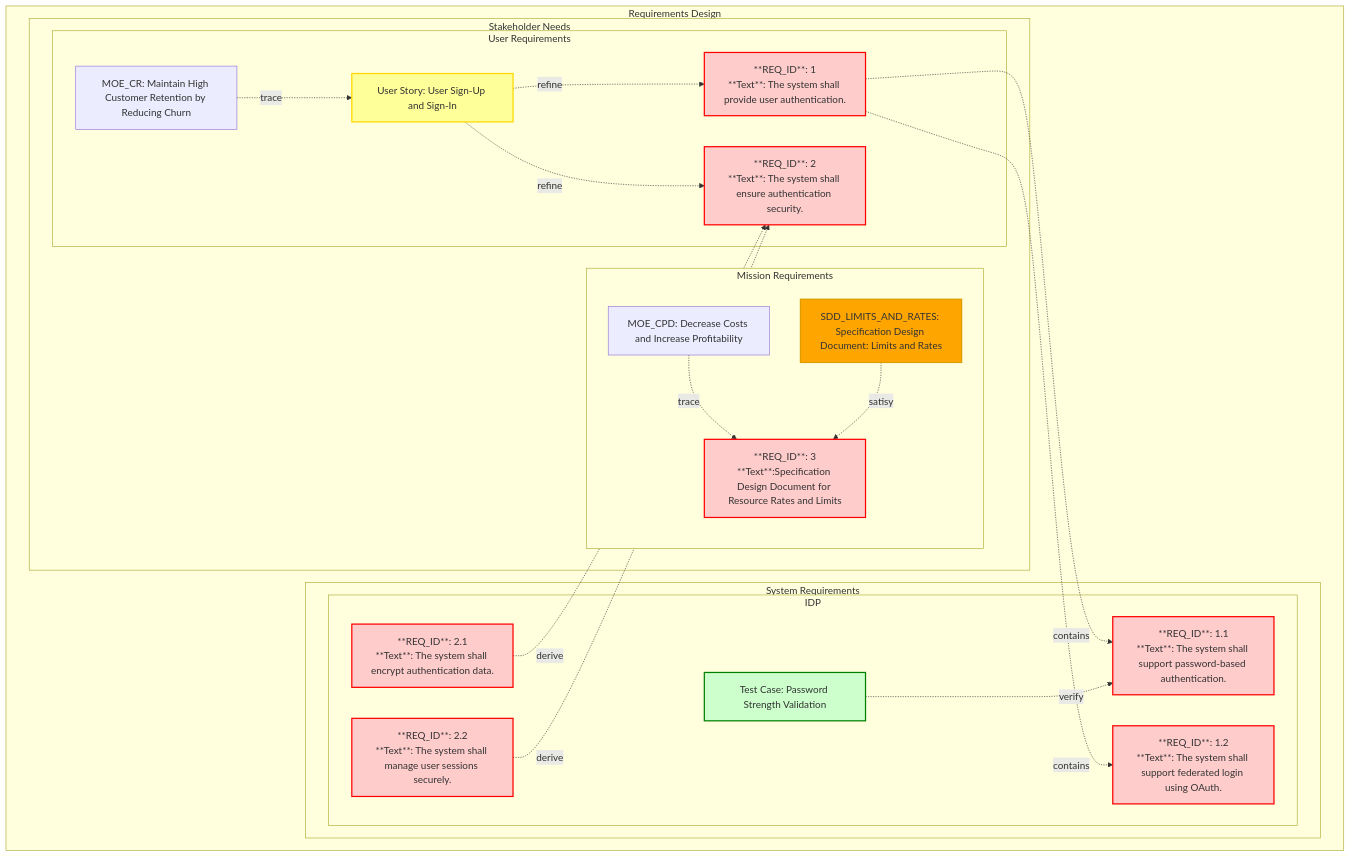
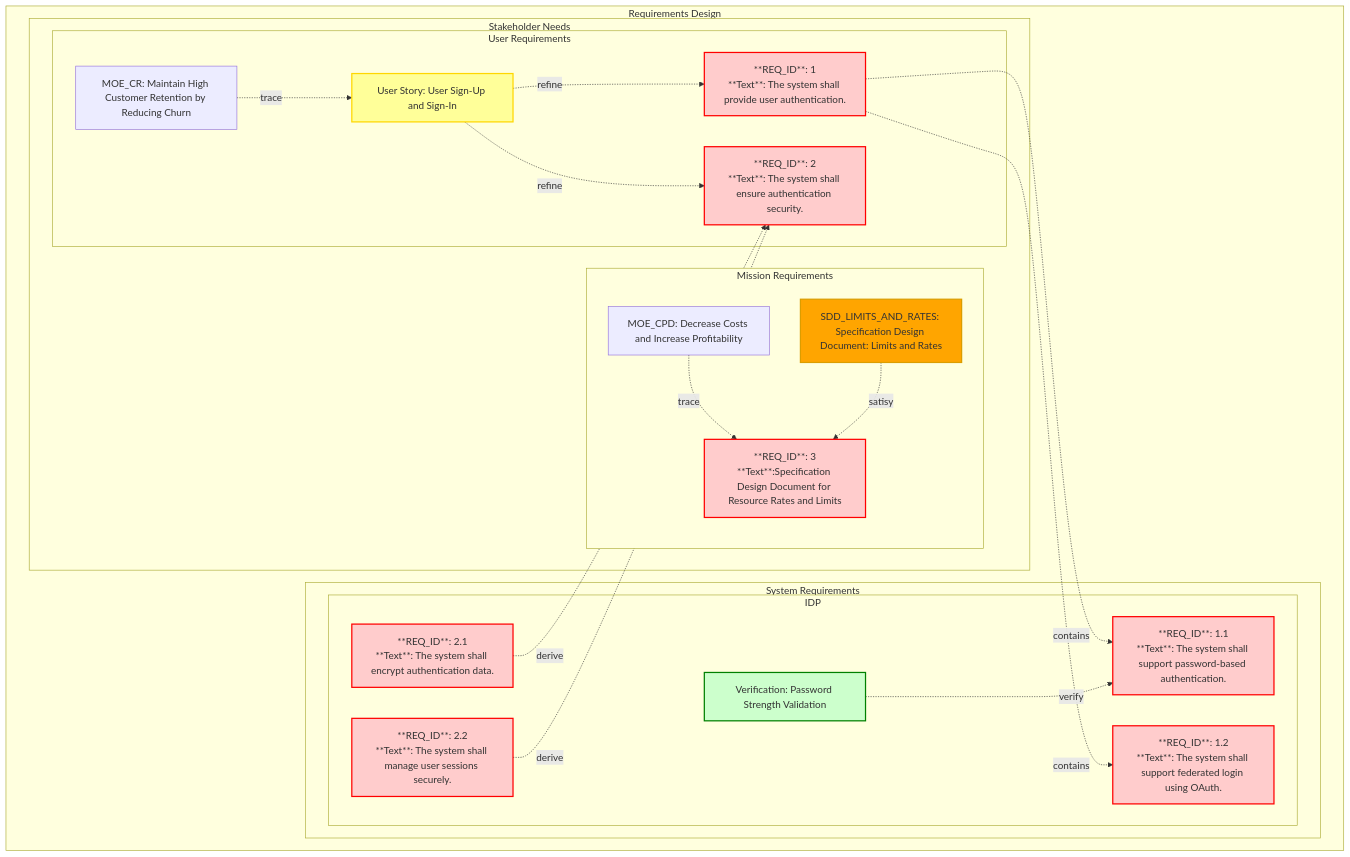
The diagram in doc/Requirements.md (reqvire-org/reqvire), drawn with Mermaid before and after one commit. The commit also changed other lines of this file and 10 other files, not shown here.

```diff
--- a/doc/Requirements.md
+++ b/doc/Requirements.md
@@ -199,9 +86,9 @@
             style REQ_OAUTH font-color:#000000,fill:#FFCCCC,stroke:#FF0000,stroke-width:2px;
 
 
-            %% Test Case (verifies)
-            TestPasswordStrength["Test Case: Password Strength Validation"]
-            style TestPasswordStrength fill:#CCFFCC,stroke:#008000,stroke-width:2px;
+            %% Verifications (verifies)
+            VerifyPasswordStrength["Verification: Password Strength Validation"]
+            style VerifyPasswordStrength fill:#CCFFCC,stroke:#008000,stroke-width:2px;
 
         end 
 
@@ -251,11 +138,11 @@
     REQ_AUTH -.->|contains| REQ_OAUTH
 
 
-    TestPasswordStrength -.->|verify| REQ_PASSWORD
+    VerifyPasswordStrength -.->|verify| REQ_PASSWORD
 
 
     %% Click Actions
-    click TestPasswordStrength href "https://example.com/docs/test-case-222" "Test Case Documentation"
+    click VerifyPasswordStrength href "https://example.com/docs/test-case-222" "Test Case Documentation"
     click USER_STORY_PASSWORD href "https://example.com/docs/user-story-password-login" "User Story Documentation"
     click USER_STORY_OAUTH href "https://example.com/docs/user-story-google-login" "User Story Documentation"
     click AuthenticationSubsystem href "https://example.com/docs/authentication-subsystem" "Subsystem Documentation"
```
